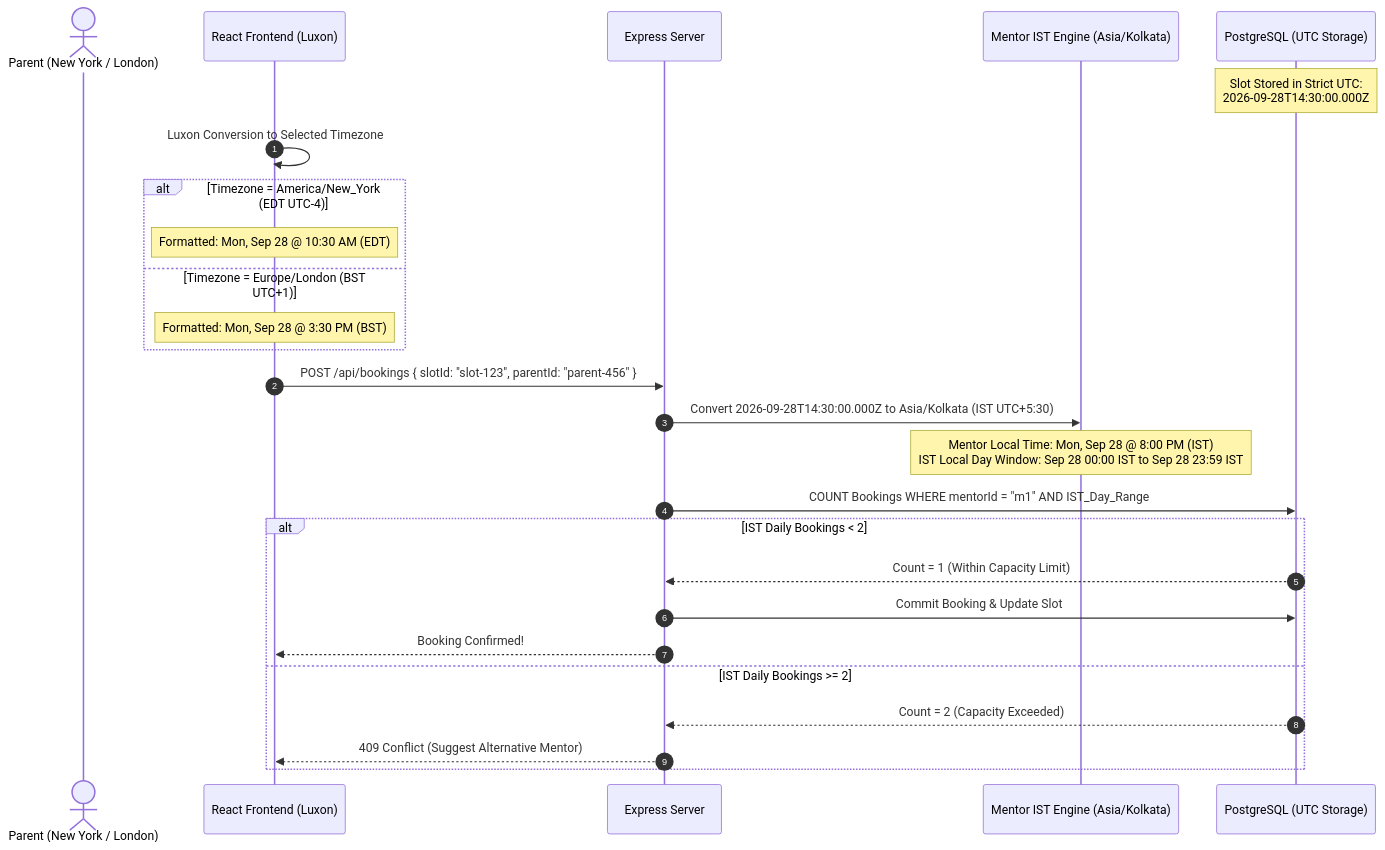
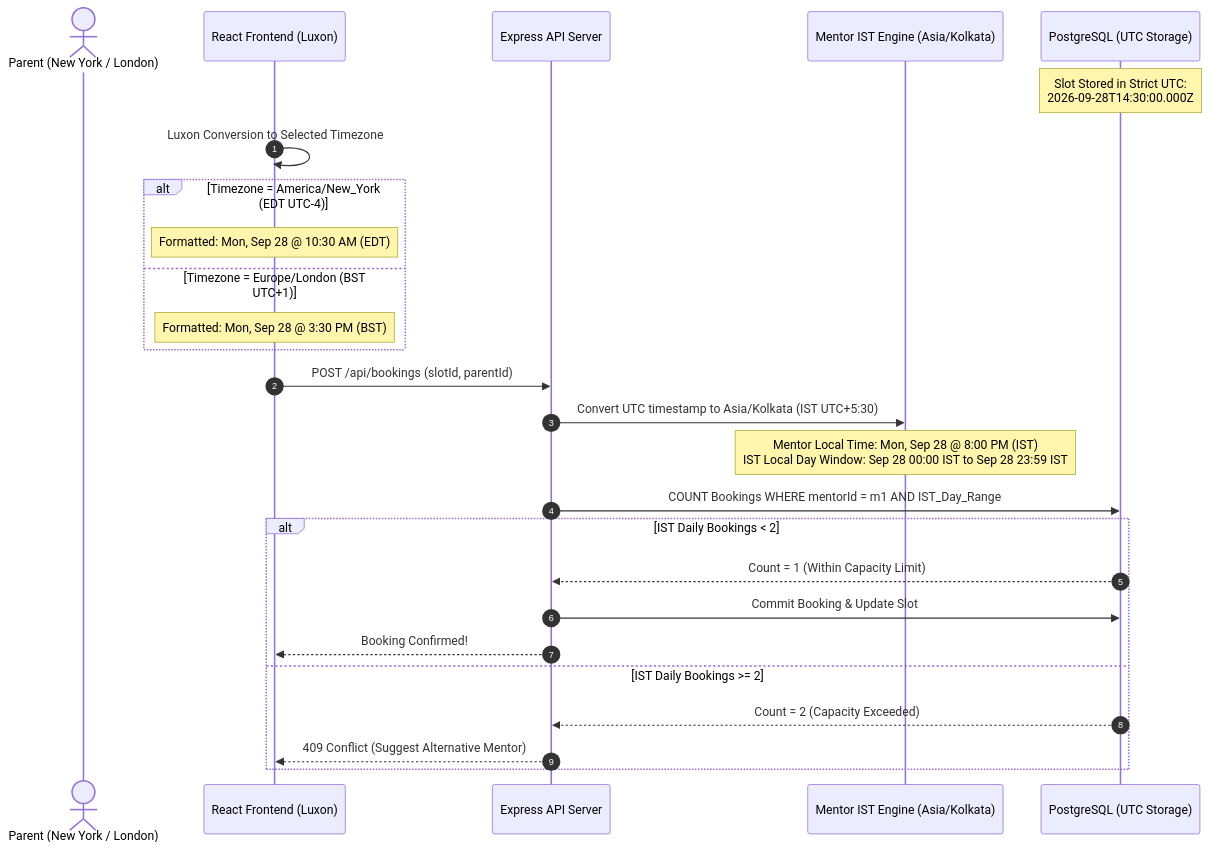
The second of 3 diagrams in README.md (premgouda1916/codeyoung-trial-booking), drawn with Mermaid before and after one commit. The commit also changed other lines of this file and 1 other file, not shown here.

First line of the commit message:
docs: update README with comprehensive system documentation and architecture diagrams

````diff
--- a/README.md
+++ b/README.md
@@ -86,32 +87,32 @@
 ```mermaid
 sequenceDiagram
     autonumber
     actor Parent as Parent (New York / London)
     participant Client as React Frontend (Luxon)
-    participant Server as Express Server
+    participant Server as Express API Server
     participant MentorZone as Mentor IST Engine (Asia/Kolkata)
     participant DB as PostgreSQL (UTC Storage)
 
     Note over DB: Slot Stored in Strict UTC:<br/>2026-09-28T14:30:00.000Z
 
     Client->>Client: Luxon Conversion to Selected Timezone
     alt Timezone = America/New_York (EDT UTC-4)
         Note over Client: Formatted: Mon, Sep 28 @ 10:30 AM (EDT)
     else Timezone = Europe/London (BST UTC+1)
         Note over Client: Formatted: Mon, Sep 28 @ 3:30 PM (BST)
     end
 
-    Client->>Server: POST /api/bookings { slotId: "slot-123", parentId: "parent-456" }
-    Server->>MentorZone: Convert 2026-09-28T14:30:00.000Z to Asia/Kolkata (IST UTC+5:30)
+    Client->>Server: POST /api/bookings (slotId, parentId)
+    Server->>MentorZone: Convert UTC timestamp to Asia/Kolkata (IST UTC+5:30)
     Note over MentorZone: Mentor Local Time: Mon, Sep 28 @ 8:00 PM (IST)<br/>IST Local Day Window: Sep 28 00:00 IST to Sep 28 23:59 IST
 
-    Server->>DB: COUNT Bookings WHERE mentorId = "m1" AND IST_Day_Range
+    Server->>DB: COUNT Bookings WHERE mentorId = m1 AND IST_Day_Range
     alt IST Daily Bookings < 2
         DB-->>Server: Count = 1 (Within Capacity Limit)
         Server->>DB: Commit Booking & Update Slot
         Server-->>Client: Booking Confirmed!
     else IST Daily Bookings >= 2
         DB-->>Server: Count = 2 (Capacity Exceeded)
         Server-->>Client: 409 Conflict (Suggest Alternative Mentor)
     end
 ```
````
